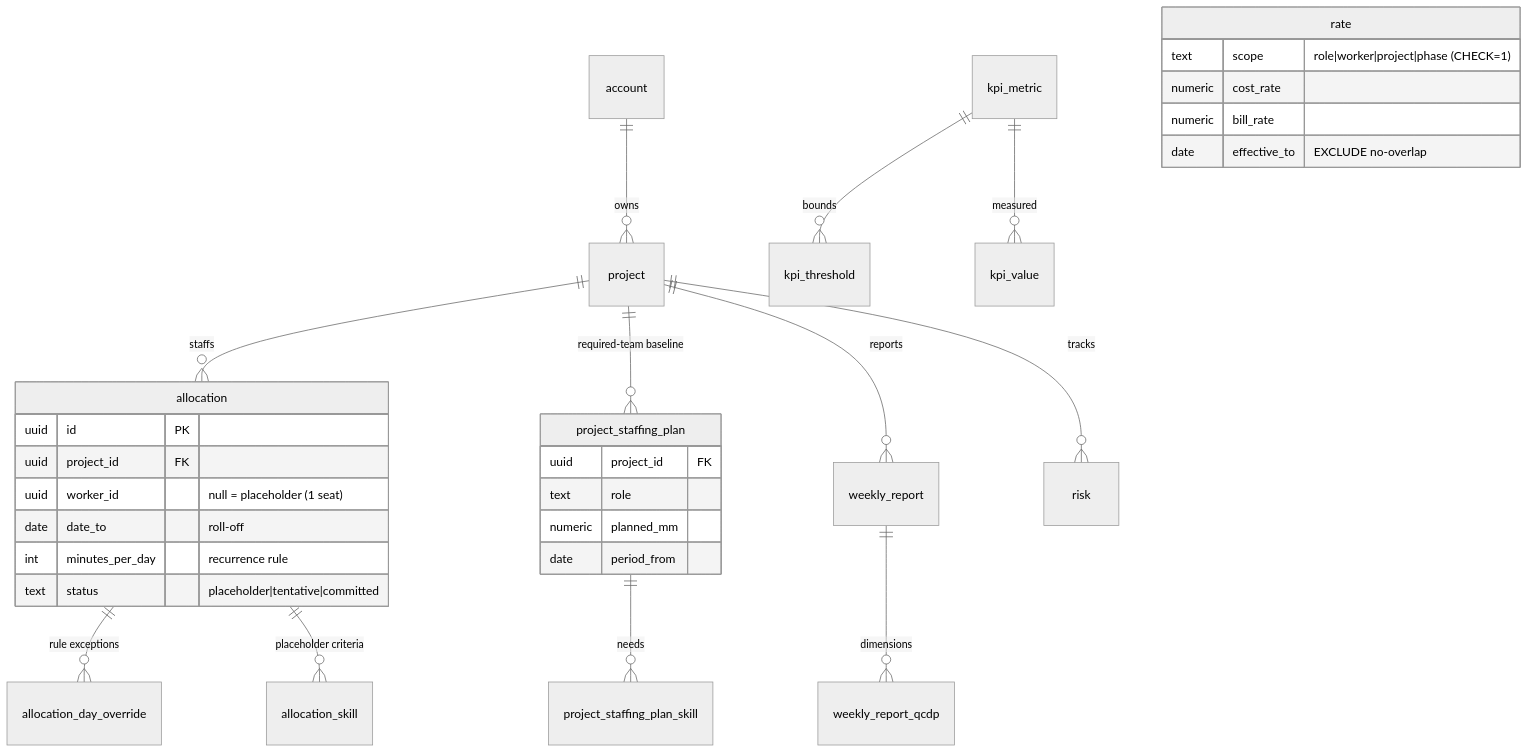
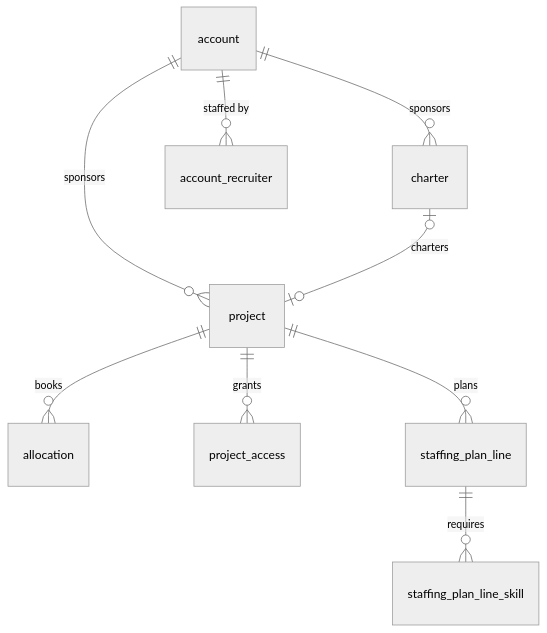
One commit to Seta-International/agent-platform changed the third of 5 diagrams in docs/reference/db-design.md. Above: the diagram before and after it, drawn with Mermaid (neutral theme). The commit also changed other lines of this file, not shown here.

````diff
--- a/docs/reference/db-design.md
+++ b/docs/reference/db-design.md
@@ -348,34 +284,11 @@
 ```mermaid
 erDiagram
-  account ||--o{ project : owns
-  project ||--o{ allocation : staffs
-  project ||--o{ project_staffing_plan : "required-team baseline"
-  project_staffing_plan ||--o{ project_staffing_plan_skill : needs
-  allocation ||--o{ allocation_day_override : "rule exceptions"
-  allocation ||--o{ allocation_skill : "placeholder criteria"
-  project ||--o{ weekly_report : reports
-  weekly_report ||--o{ weekly_report_qcdp : dimensions
-  project ||--o{ risk : tracks
-  kpi_metric ||--o{ kpi_threshold : bounds
-  kpi_metric ||--o{ kpi_value : measured
-  allocation {
-    uuid id PK
-    uuid project_id FK
-    uuid worker_id "null = placeholder (1 seat)"
-    date date_to "roll-off"
-    int minutes_per_day "recurrence rule"
-    text status "placeholder|tentative|committed"
-  }
-  project_staffing_plan {
-    uuid project_id FK
-    text role
-    numeric planned_mm
-    date period_from
-  }
-  rate {
-    text scope "role|worker|project|phase (CHECK=1)"
-    numeric cost_rate
-    numeric bill_rate
-    date effective_to "EXCLUDE no-overlap"
-  }
+    account ||--o{ project : "sponsors"
+    account ||--o{ charter : "sponsors"
+    account ||--o{ account_recruiter : "staffed by"
+    project ||--o{ allocation : "books"
+    project ||--o{ project_access : "grants"
+    project ||--o{ staffing_plan_line : "plans"
+    staffing_plan_line ||--o{ staffing_plan_line_skill : "requires"
+    charter |o--o| project : "charters"
 ```
````
